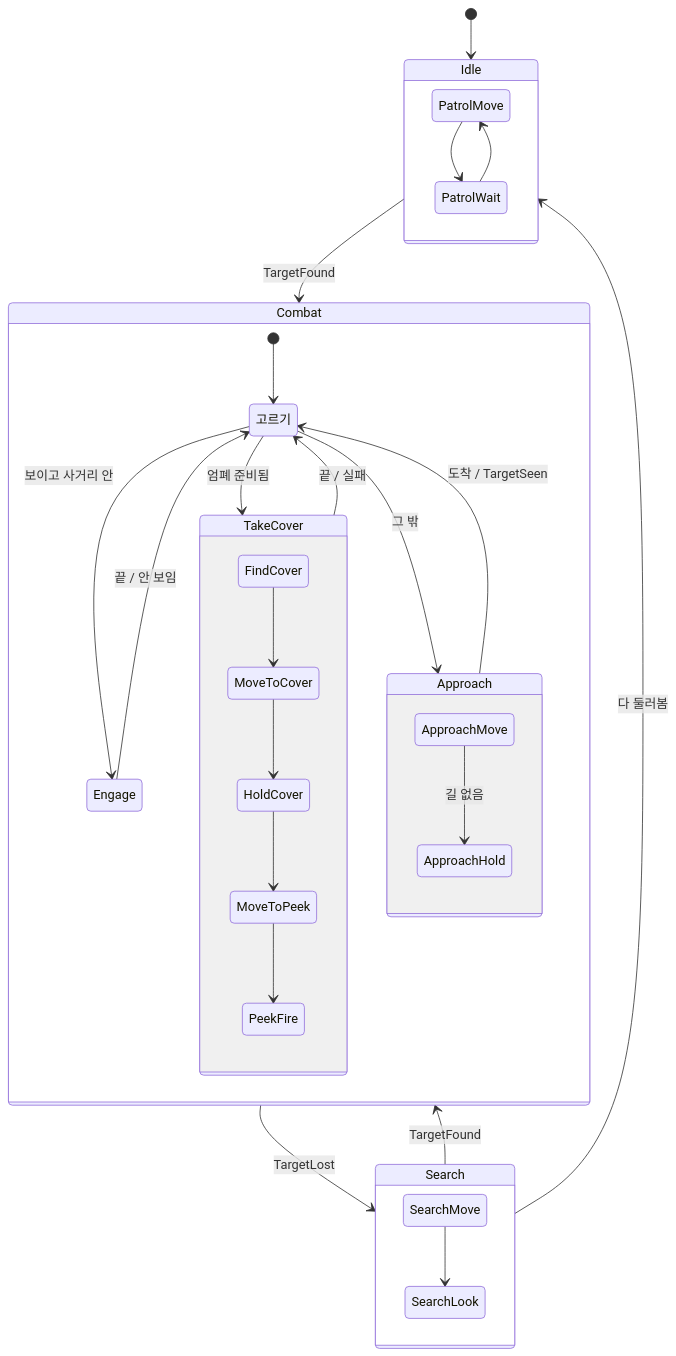
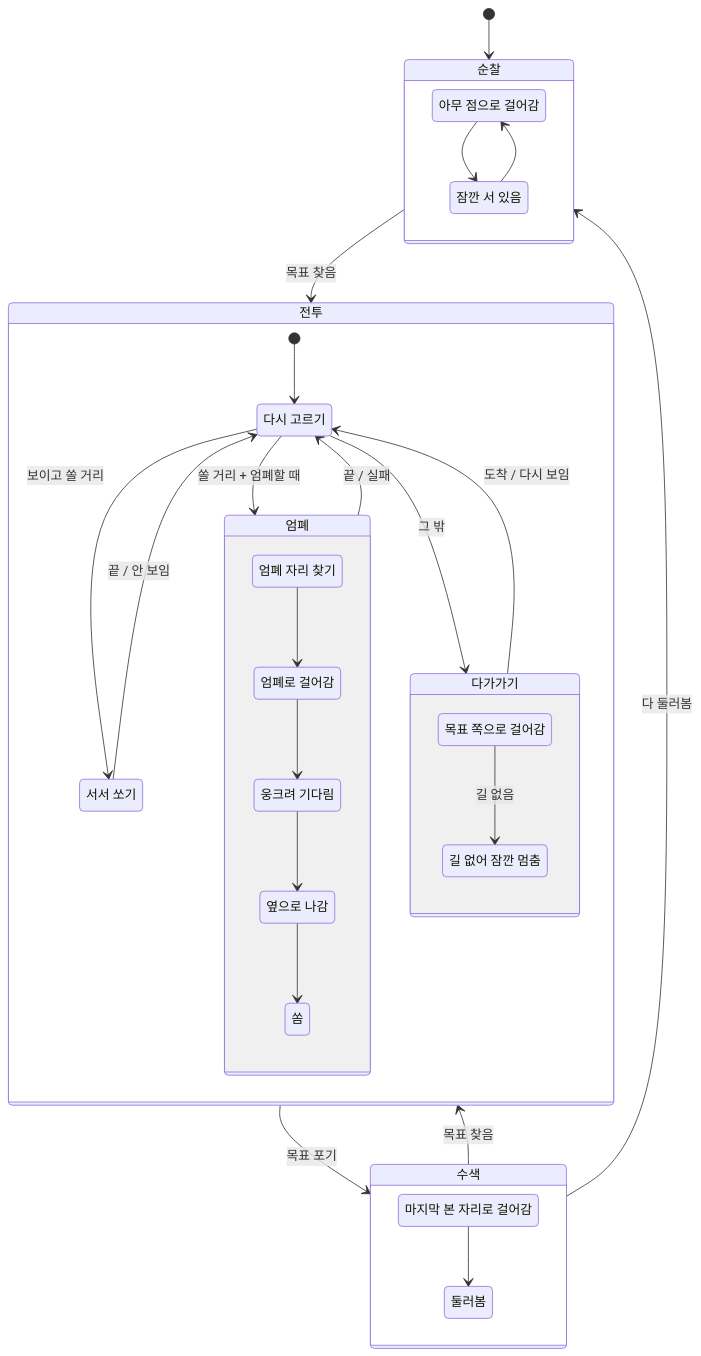
One commit to AssortRock-KDT6-Unreal-PowerAde/ProjectPG changed the third of 3 diagrams in Source/ProjectPG/Private/AI/README.md. Above: the diagram before and after it, drawn with Mermaid. The commit also changed other lines of this file, not shown here.

````diff
--- a/Source/ProjectPG/Private/AI/README.md
+++ b/Source/ProjectPG/Private/AI/README.md
@@ -49,33 +85,46 @@
 ```mermaid
 stateDiagram-v2
-    [*] --> Idle
-    state Idle {
-        PatrolMove --> PatrolWait
-        PatrolWait --> PatrolMove
+    [*] --> Patrol
+    state "순찰" as Patrol {
+        PatrolWalk: 아무 점으로 걸어감
+        PatrolRest: 잠깐 서 있음
+        PatrolWalk --> PatrolRest
+        PatrolRest --> PatrolWalk
     }
-    Idle --> Combat: TargetFound
-    state Combat {
-        [*] --> 고르기
-        고르기 --> TakeCover: 엄폐 준비됨
-        고르기 --> Engage: 보이고 사거리 안
-        고르기 --> Approach: 그 밖
-        state TakeCover {
-            FindCover --> MoveToCover
-            MoveToCover --> HoldCover
-            HoldCover --> MoveToPeek
-            MoveToPeek --> PeekFire
+    Patrol --> Combat: 목표 찾음
+    state "전투" as Combat {
+        Choose: 다시 고르기
+        [*] --> Choose
+        Choose --> TakeCover: 쏠 거리 + 엄폐할 때
+        Choose --> StandAndShoot: 보이고 쏠 거리
+        Choose --> Approach: 그 밖
+        state "엄폐" as TakeCover {
+            FindCoverSpot: 엄폐 자리 찾기
+            WalkToCover: 엄폐로 걸어감
+            CrouchAndWait: 웅크려 기다림
+            StepOutToPeek: 옆으로 나감
+            ShootFromPeek: 쏨
+            FindCoverSpot --> WalkToCover
+            WalkToCover --> CrouchAndWait
+            CrouchAndWait --> StepOutToPeek
+            StepOutToPeek --> ShootFromPeek
         }
-        state Approach {
-            ApproachMove --> ApproachHold: 길 없음
+        StandAndShoot: 서서 쏘기
+        state "다가가기" as Approach {
+            WalkToTarget: 목표 쪽으로 걸어감
+            WaitNoPath: 길 없어 잠깐 멈춤
+            WalkToTarget --> WaitNoPath: 길 없음
         }
-        TakeCover --> 고르기: 끝 / 실패
-        Engage --> 고르기: 끝 / 안 보임
-        Approach --> 고르기: 도착 / TargetSeen
+        TakeCover --> Choose: 끝 / 실패
+        StandAndShoot --> Choose: 끝 / 안 보임
+        Approach --> Choose: 도착 / 다시 보임
     }
-    Combat --> Search: TargetLost
-    state Search {
-        SearchMove --> SearchLook
+    Combat --> Search: 목표 포기
+    state "수색" as Search {
+        WalkToLastSeen: 마지막 본 자리로 걸어감
+        LookAround: 둘러봄
+        WalkToLastSeen --> LookAround
     }
-    Search --> Idle: 다 둘러봄
-    Search --> Combat: TargetFound
+    Search --> Patrol: 다 둘러봄
+    Search --> Combat: 목표 찾음
 ```
````
